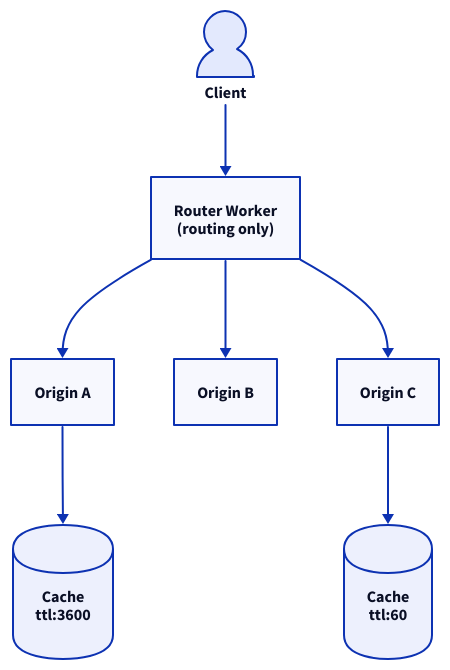
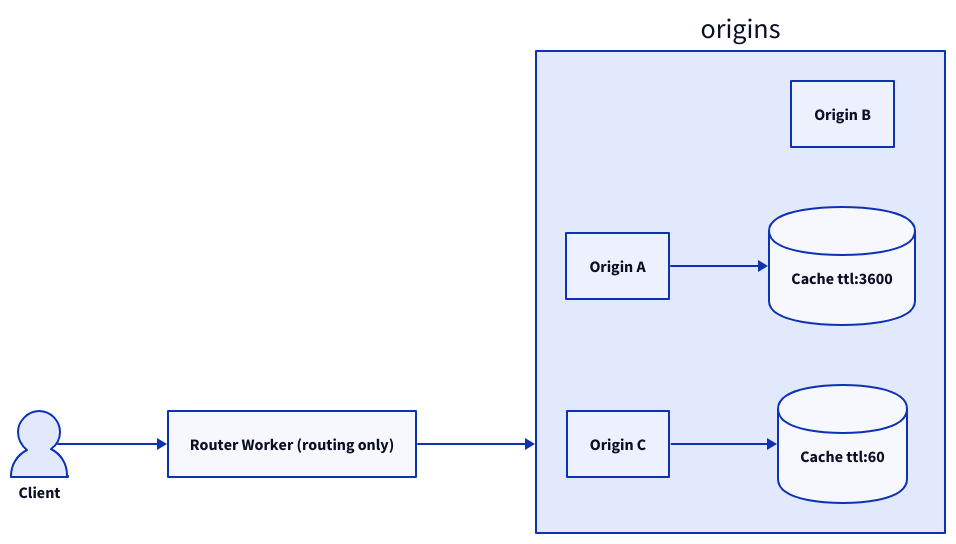
One commit to erfianugrah/lexicanum changed the fourth of 4 diagrams in src/content/docs/reference/caching.mdx. Above: the diagram before and after it, drawn with D2. The commit also changed other lines of this file and 4 other files, not shown here.

First line of the commit message:
docs: update GH Actions guide and optimize D2 diagram layouts

````diff
--- a/src/content/docs/reference/caching.mdx
+++ b/src/content/docs/reference/caching.mdx
@@ -580,30 +567,19 @@
 ```d2
-direction: down
+direction: right
 
-client: Client {
-  shape: person
+client: Client {shape: person}
+router: Router Worker (routing only)
+
+origins: {
+  origin-a: Origin A
+  origin-b: Origin B
+  origin-c: Origin C
+  cache-a: Cache ttl:3600 {shape: cylinder}
+  cache-c: Cache ttl:60 {shape: cylinder}
+  
+  origin-a -> cache-a
+  origin-c -> cache-c
 }
 
-router: Router Worker {
-  label: "Router Worker\n(routing only)"
-}
-
-origin-a: Origin A
-origin-b: Origin B
-origin-c: Origin C
-
-cache-a: Cache\nttl:3600 {
-  shape: cylinder
-}
-cache-c: Cache\nttl:60 {
-  shape: cylinder
-}
-
-client -> router
-router -> origin-a
-router -> origin-b
-router -> origin-c
-
-origin-a -> cache-a
-origin-c -> cache-c
+client -> router -> origins
 ```
````
